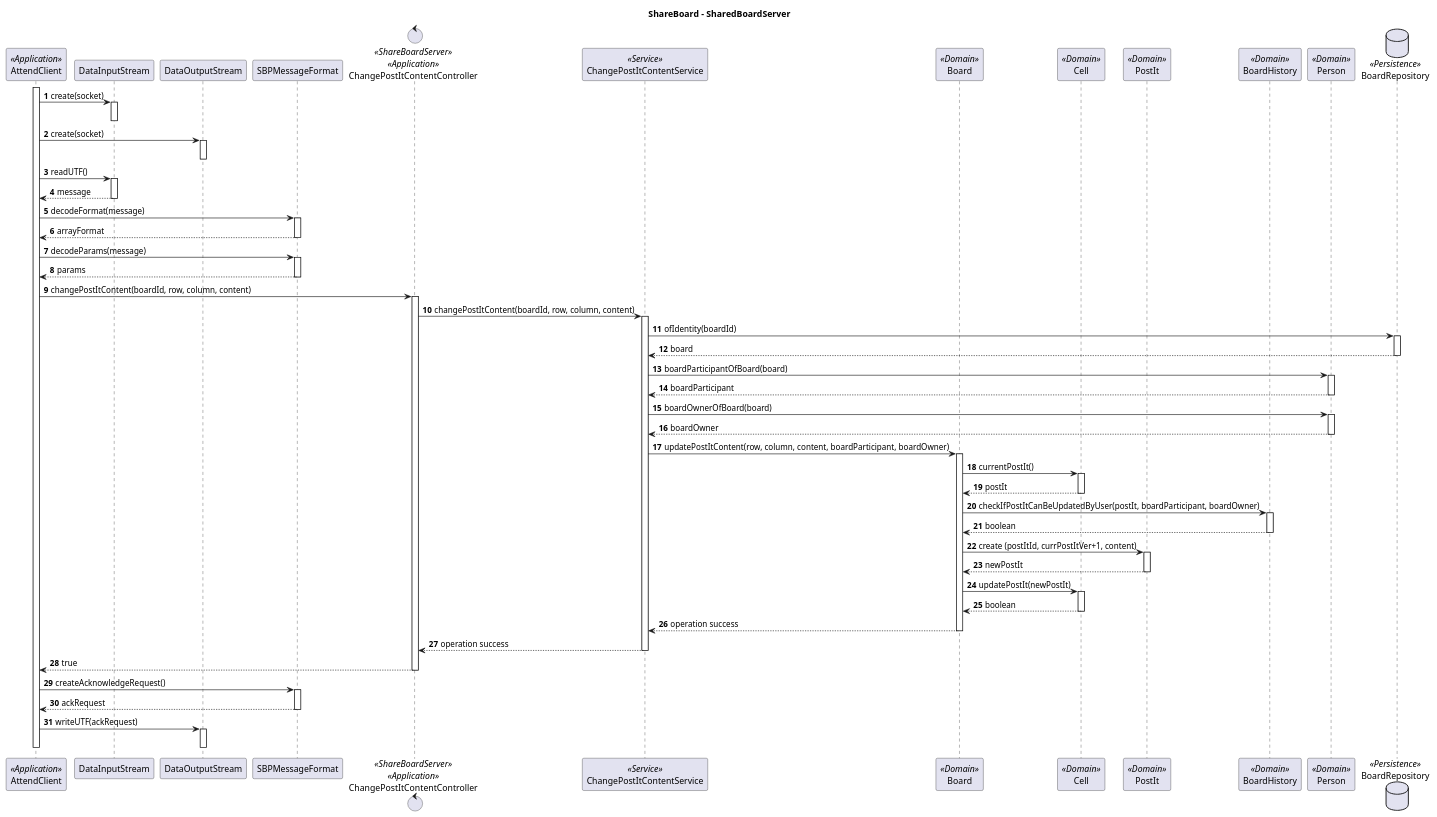
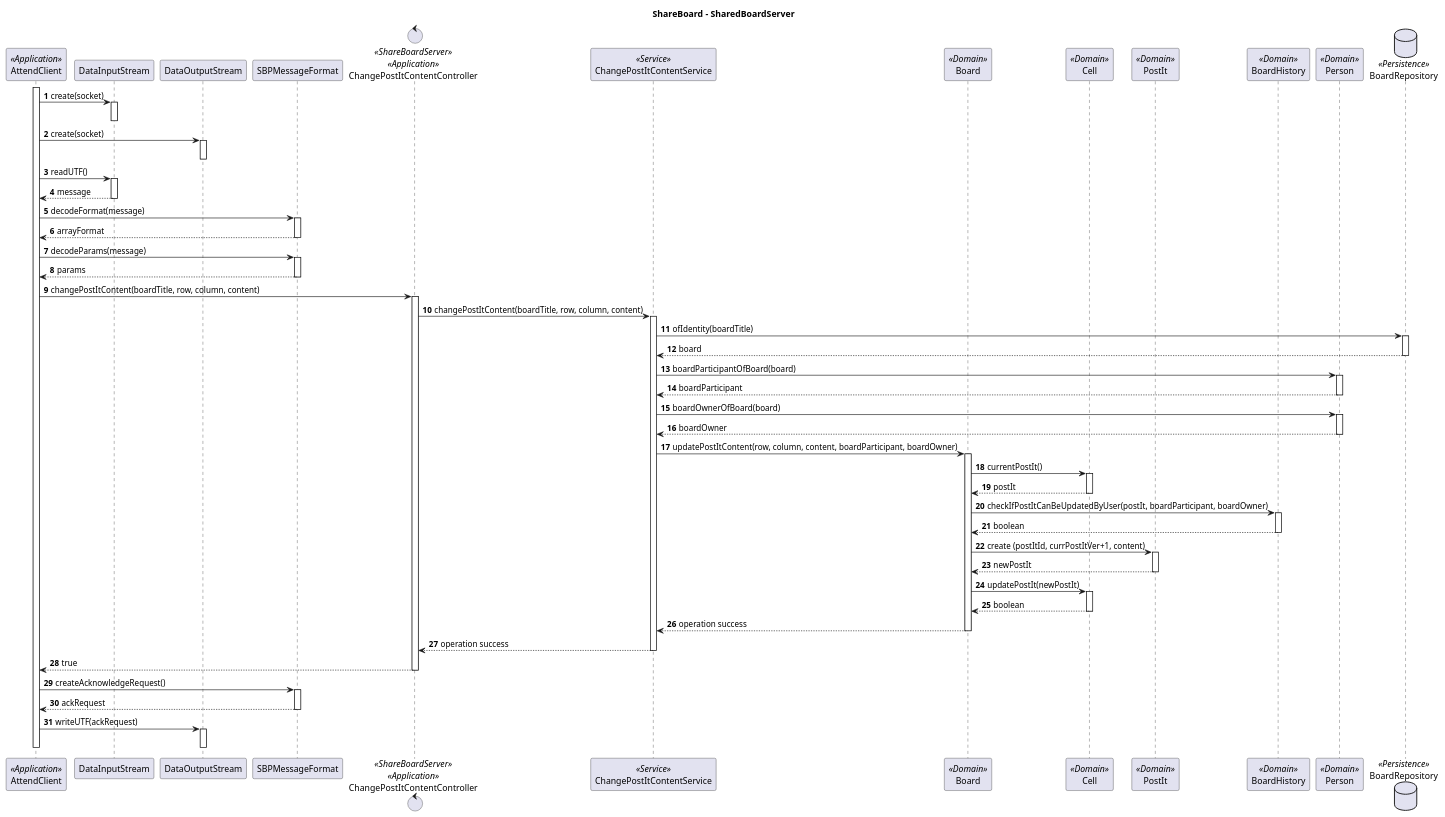
Before and after one commit to Marco-Nobrega-Andrade/sem4pi_22_23: the diagram in docs/Sprint_C/us_3007/US_3007_SD_Change_Content_Server.puml, drawn with PlantUML. The commit also changed 4 other files, not shown here.

```diff
--- a/docs/Sprint_C/us_3007/US_3007_SD_Change_Content_Server.puml
+++ b/docs/Sprint_C/us_3007/US_3007_SD_Change_Content_Server.puml
@@ -1,74 +1,74 @@
 @startuml
 autonumber
 title ShareBoard - SharedBoardServer
 
 participant AttendClient as AC <<Application>>
 participant DataInputStream as DIS
 participant DataOutputStream as DOS
 participant SBPMessageFormat as SBPMF
 control ChangePostItContentController as CONTROLLER <<ShareBoardServer>> <<Application>>
 participant ChangePostItContentService as SERVICE <<Service>>
 participant Board as BOARD <<Domain>>
 participant Cell as CELL <<Domain>>
 participant PostIt as POST_IT <<Domain>>
 participant BoardHistory as BOARD_HIS <<Domain>>
 participant Person as PERSON <<Domain>>
 database BoardRepository as BOARD_REPO <<Persistence>>
 
 
 activate AC
 AC -> DIS : create(socket)
 activate DIS
 deactivate DIS
 AC -> DOS : create(socket)
 activate DOS
 deactivate DOS
 AC -> DIS : readUTF()
 activate DIS
 return message
 AC -> SBPMF : decodeFormat(message)
 activate SBPMF
 return arrayFormat
 AC -> SBPMF : decodeParams(message)
 activate SBPMF
 return params
-AC -> CONTROLLER : changePostItContent(boardId, row, column, content)
+AC -> CONTROLLER : changePostItContent(boardTitle, row, column, content)
 activate CONTROLLER
-CONTROLLER -> SERVICE : changePostItContent(boardId, row, column, content)
+CONTROLLER -> SERVICE : changePostItContent(boardTitle, row, column, content)
 activate SERVICE
-SERVICE -> BOARD_REPO :ofIdentity(boardId)
+SERVICE -> BOARD_REPO :ofIdentity(boardTitle)
 activate BOARD_REPO
 return board
 SERVICE -> PERSON : boardParticipantOfBoard(board)
 activate PERSON
 return boardParticipant
 SERVICE -> PERSON : boardOwnerOfBoard(board)
 activate PERSON
 return boardOwner
 SERVICE -> BOARD : updatePostItContent(row, column, content, boardParticipant, boardOwner)
 activate BOARD
 BOARD -> CELL : currentPostIt()
 activate CELL
 return postIt
 BOARD -> BOARD_HIS : checkIfPostItCanBeUpdatedByUser(postIt, boardParticipant, boardOwner)
 activate BOARD_HIS
 return boolean
 BOARD -> POST_IT : create (postItId, currPostItVer+1, content)
 activate POST_IT
 return newPostIt
 BOARD -> CELL : updatePostIt(newPostIt)
 activate CELL
 return boolean
 return operation success
 return operation success
 CONTROLLER --> AC : true
 deactivate CONTROLLER
 AC -> SBPMF : createAcknowledgeRequest()
 activate SBPMF
 return ackRequest
 AC -> DOS : writeUTF(ackRequest)
 activate DOS
 deactivate DOS
 deactivate AC
 
 @enduml
```
